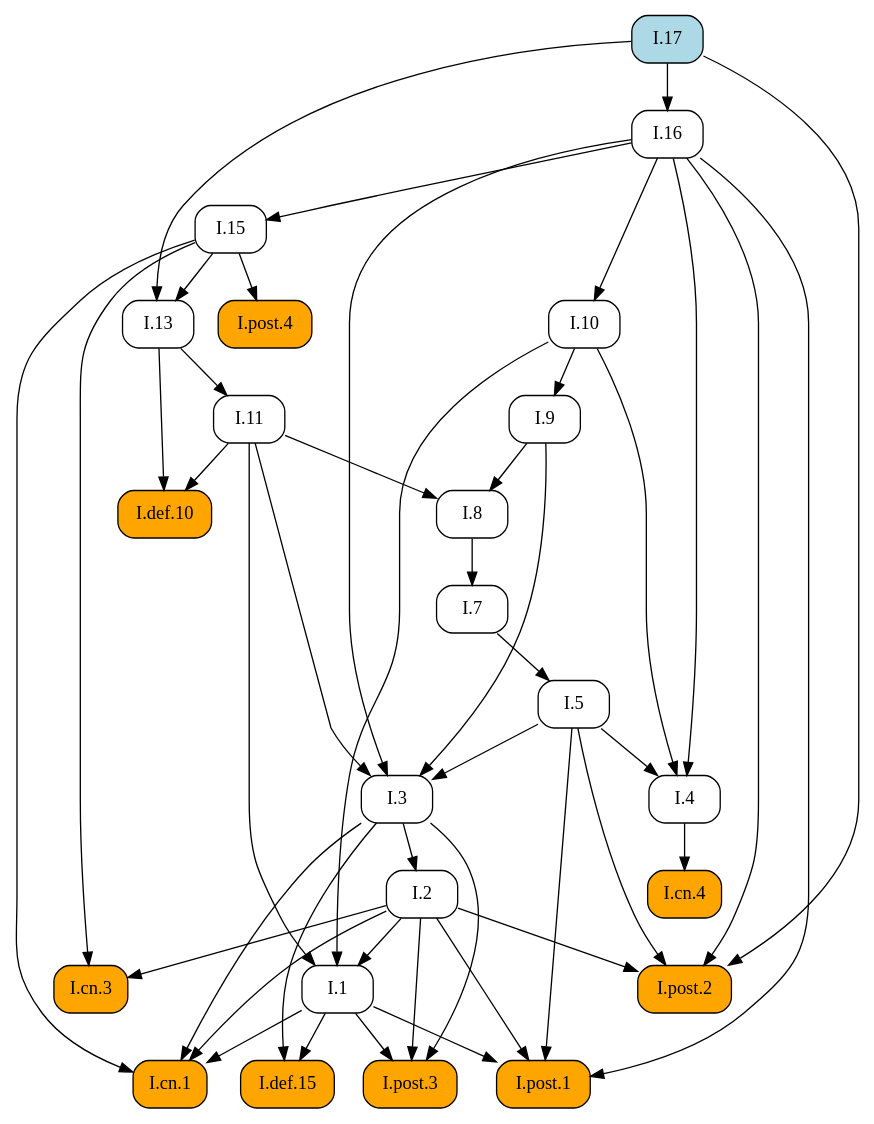
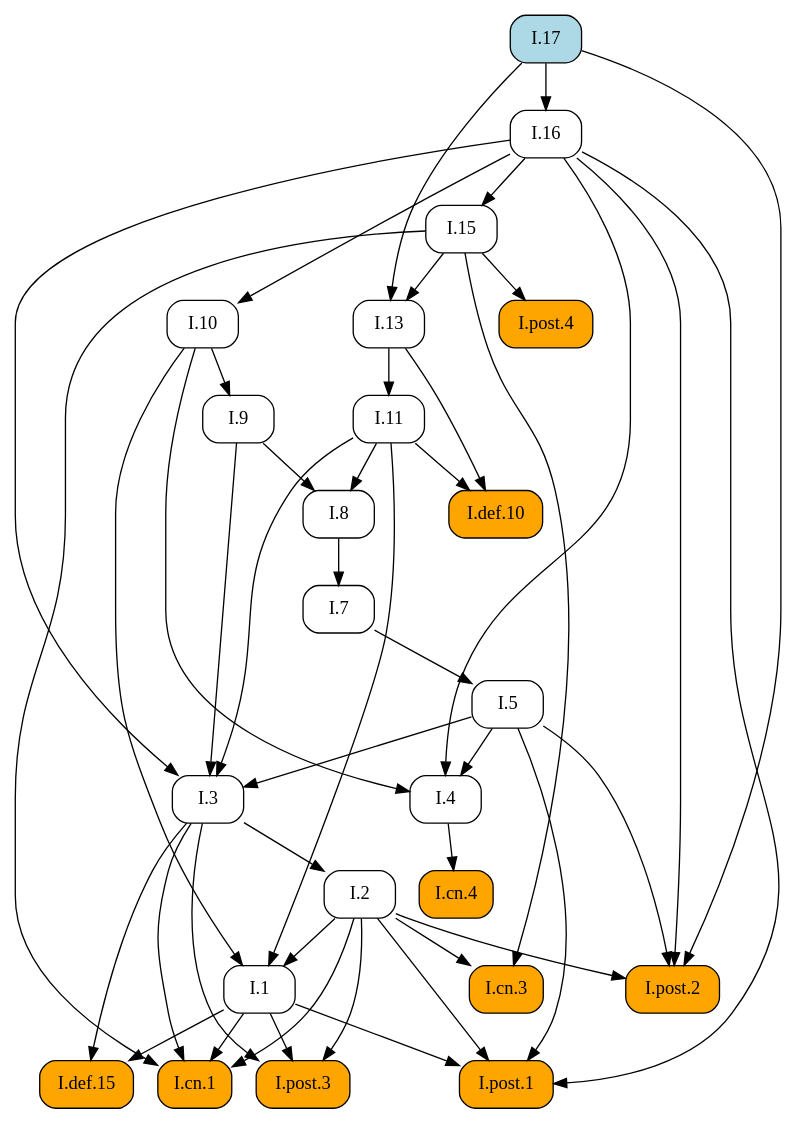
One commit to geometor/elements changed the diagram in docsrc/elements2/I/17/index.rst. Above: the diagram before and after it, drawn with Graphviz. The commit also changed other lines of this file and 171 other files, not shown here.

```diff
--- a/docsrc/elements2/I/17/index.rst
+++ b/docsrc/elements2/I/17/index.rst
@@ -54,74 +54,74 @@
 .. graphviz::
 
    digraph {
      rankdir="TB";
      node [shape=box, style=rounded];
+     "I.8" [URL="/elements2/I/8/", target="_top"];
+     "I.1" [URL="/elements2/I/1/", target="_top"];
+     "I.cn.3" [style="rounded,filled", fillcolor=orange, URL="/elements2/I/cn.3/", target="_top"];
+     "I.cn.4" [style="rounded,filled", fillcolor=orange, URL="/elements2/I/cn.4/", target="_top"];
+     "I.7" [URL="/elements2/I/7/", target="_top"];
+     "I.17" [style="rounded,filled", fillcolor=lightblue, URL="/elements2/I/17/", target="_top"];
+     "I.post.1" [style="rounded,filled", fillcolor=orange, URL="/elements2/I/post.1/", target="_top"];
+     "I.9" [URL="/elements2/I/9/", target="_top"];
+     "I.5" [URL="/elements2/I/5/", target="_top"];
+     "I.cn.1" [style="rounded,filled", fillcolor=orange, URL="/elements2/I/cn.1/", target="_top"];
+     "I.post.4" [style="rounded,filled", fillcolor=orange, URL="/elements2/I/post.4/", target="_top"];
+     "I.def.10" [style="rounded,filled", fillcolor=orange, URL="/elements2/I/def.10/", target="_top"];
      "I.16" [URL="/elements2/I/16/", target="_top"];
-     "I.def.10" [style="rounded,filled", fillcolor=orange, URL="/elements2/I/def.10/", target="_top"];
-     "I.9" [URL="/elements2/I/9/", target="_top"];
-     "I.8" [URL="/elements2/I/8/", target="_top"];
+     "I.13" [URL="/elements2/I/13/", target="_top"];
      "I.2" [URL="/elements2/I/2/", target="_top"];
+     "I.def.15" [style="rounded,filled", fillcolor=orange, URL="/elements2/I/def.15/", target="_top"];
+     "I.4" [URL="/elements2/I/4/", target="_top"];
+     "I.11" [URL="/elements2/I/11/", target="_top"];
+     "I.10" [URL="/elements2/I/10/", target="_top"];
      "I.15" [URL="/elements2/I/15/", target="_top"];
-     "I.def.15" [style="rounded,filled", fillcolor=orange, URL="/elements2/I/def.15/", target="_top"];
-     "I.cn.4" [style="rounded,filled", fillcolor=orange, URL="/elements2/I/cn.4/", target="_top"];
+     "I.post.2" [style="rounded,filled", fillcolor=orange, URL="/elements2/I/post.2/", target="_top"];
+     "I.3" [URL="/elements2/I/3/", target="_top"];
      "I.post.3" [style="rounded,filled", fillcolor=orange, URL="/elements2/I/post.3/", target="_top"];
-     "I.1" [URL="/elements2/I/1/", target="_top"];
-     "I.post.2" [style="rounded,filled", fillcolor=orange, URL="/elements2/I/post.2/", target="_top"];
-     "I.13" [URL="/elements2/I/13/", target="_top"];
-     "I.10" [URL="/elements2/I/10/", target="_top"];
-     "I.post.1" [style="rounded,filled", fillcolor=orange, URL="/elements2/I/post.1/", target="_top"];
-     "I.7" [URL="/elements2/I/7/", target="_top"];
-     "I.post.4" [style="rounded,filled", fillcolor=orange, URL="/elements2/I/post.4/", target="_top"];
-     "I.cn.1" [style="rounded,filled", fillcolor=orange, URL="/elements2/I/cn.1/", target="_top"];
-     "I.3" [URL="/elements2/I/3/", target="_top"];
-     "I.cn.3" [style="rounded,filled", fillcolor=orange, URL="/elements2/I/cn.3/", target="_top"];
-     "I.11" [URL="/elements2/I/11/", target="_top"];
-     "I.17" [style="rounded,filled", fillcolor=lightblue, URL="/elements2/I/17/", target="_top"];
-     "I.5" [URL="/elements2/I/5/", target="_top"];
-     "I.4" [URL="/elements2/I/4/", target="_top"];
-     "I.17" -> "I.16";
-     "I.11" -> "I.def.10";
-     "I.13" -> "I.def.10";
-     "I.10" -> "I.9";
      "I.9" -> "I.8";
      "I.11" -> "I.8";
-     "I.3" -> "I.2";
-     "I.16" -> "I.15";
-     "I.1" -> "I.def.15";
-     "I.3" -> "I.def.15";
-     "I.4" -> "I.cn.4";
-     "I.1" -> "I.post.3";
-     "I.2" -> "I.post.3";
-     "I.3" -> "I.post.3";
      "I.2" -> "I.1";
      "I.10" -> "I.1";
      "I.11" -> "I.1";
+     "I.2" -> "I.cn.3";
+     "I.15" -> "I.cn.3";
+     "I.4" -> "I.cn.4";
+     "I.8" -> "I.7";
+     "I.1" -> "I.post.1";
+     "I.2" -> "I.post.1";
+     "I.5" -> "I.post.1";
+     "I.16" -> "I.post.1";
+     "I.10" -> "I.9";
+     "I.7" -> "I.5";
+     "I.1" -> "I.cn.1";
+     "I.2" -> "I.cn.1";
+     "I.3" -> "I.cn.1";
+     "I.15" -> "I.cn.1";
+     "I.15" -> "I.post.4";
+     "I.11" -> "I.def.10";
+     "I.13" -> "I.def.10";
+     "I.17" -> "I.16";
+     "I.15" -> "I.13";
+     "I.17" -> "I.13";
+     "I.3" -> "I.2";
+     "I.1" -> "I.def.15";
+     "I.3" -> "I.def.15";
+     "I.5" -> "I.4";
+     "I.10" -> "I.4";
+     "I.16" -> "I.4";
+     "I.13" -> "I.11";
+     "I.16" -> "I.10";
+     "I.16" -> "I.15";
      "I.2" -> "I.post.2";
      "I.5" -> "I.post.2";
      "I.16" -> "I.post.2";
      "I.17" -> "I.post.2";
-     "I.15" -> "I.13";
-     "I.17" -> "I.13";
-     "I.16" -> "I.10";
-     "I.1" -> "I.post.1";
-     "I.2" -> "I.post.1";
-     "I.5" -> "I.post.1";
-     "I.16" -> "I.post.1";
-     "I.8" -> "I.7";
-     "I.15" -> "I.post.4";
-     "I.1" -> "I.cn.1";
-     "I.2" -> "I.cn.1";
-     "I.3" -> "I.cn.1";
-     "I.15" -> "I.cn.1";
      "I.5" -> "I.3";
      "I.9" -> "I.3";
      "I.11" -> "I.3";
      "I.16" -> "I.3";
-     "I.2" -> "I.cn.3";
-     "I.15" -> "I.cn.3";
-     "I.13" -> "I.11";
-     "I.7" -> "I.5";
-     "I.5" -> "I.4";
-     "I.10" -> "I.4";
-     "I.16" -> "I.4";
+     "I.1" -> "I.post.3";
+     "I.2" -> "I.post.3";
+     "I.3" -> "I.post.3";
    }
```
